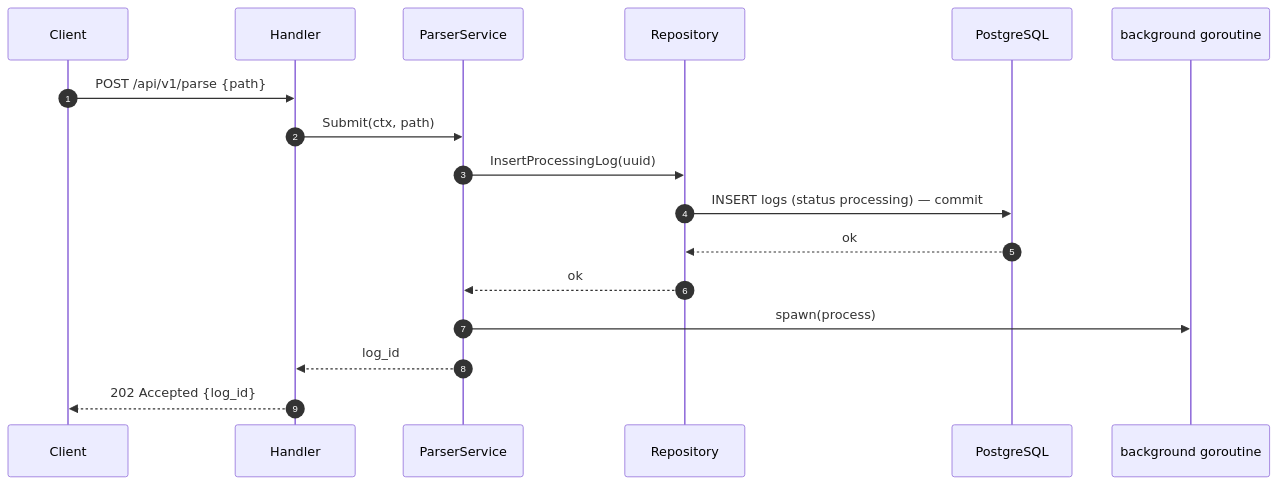
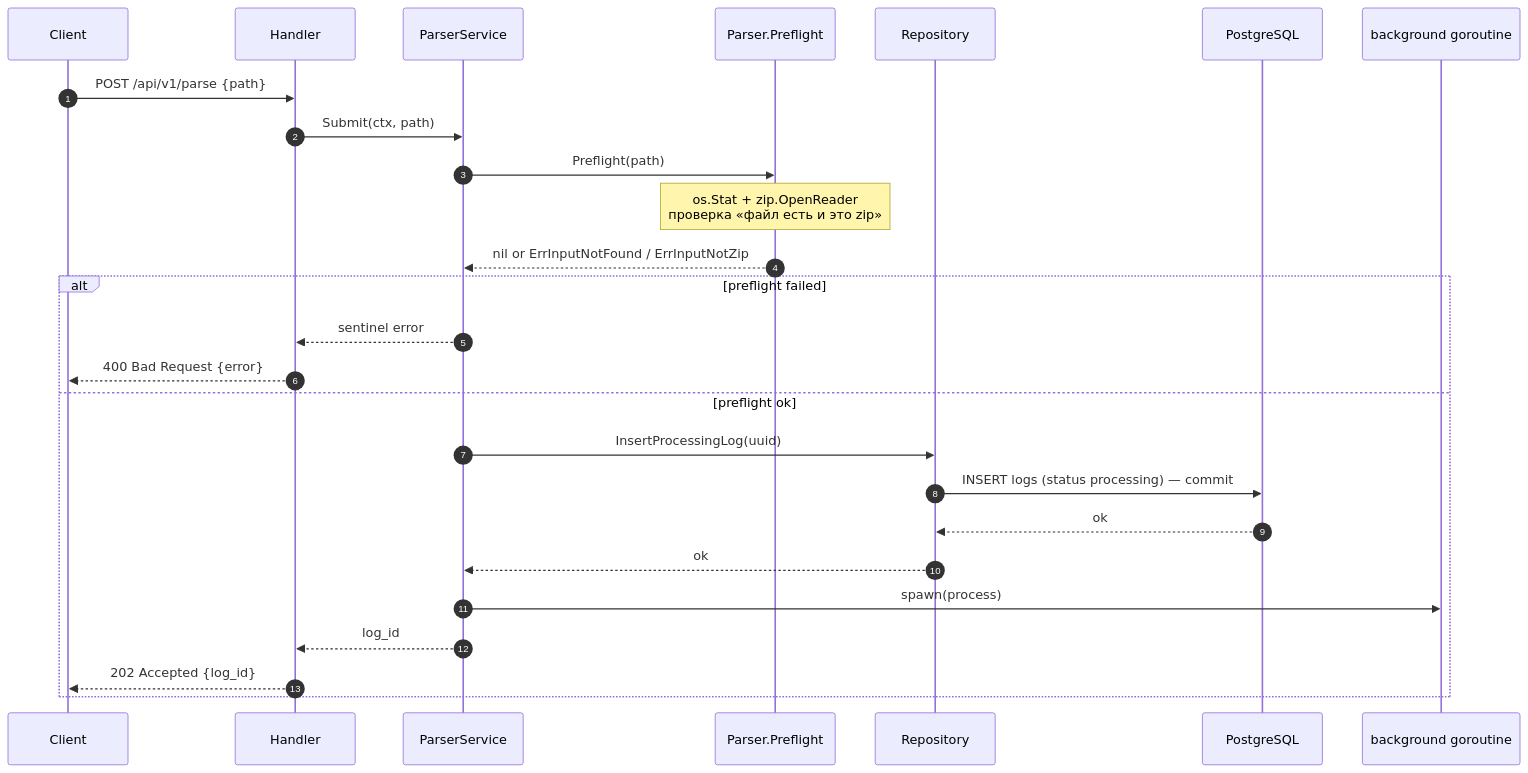
One commit to 6ermvH/log-parser changed the first of 8 diagrams in docs/sequences.md. Above: the diagram before and after it, drawn with Mermaid. The commit also changed 11 other files, not shown here.

````diff
--- a/docs/sequences.md
+++ b/docs/sequences.md
@@ -9,22 +9,32 @@
 ```mermaid
 sequenceDiagram
     autonumber
     participant C as Client
     participant H as Handler
     participant P as ParserService
+    participant Pf as Parser.Preflight
     participant R as Repository
     participant DB as PostgreSQL
     participant G as background goroutine
 
     C->>H: POST /api/v1/parse {path}
     H->>P: Submit(ctx, path)
 
-    P->>R: InsertProcessingLog(uuid)
-    R->>DB: INSERT logs (status processing) — commit
-    DB-->>R: ok
-    R-->>P: ok
+    P->>Pf: Preflight(path)
+    Note over Pf: os.Stat + zip.OpenReader<br/>проверка «файл есть и это zip»
+    Pf-->>P: nil or ErrInputNotFound / ErrInputNotZip
 
-    P->>G: spawn(process)
-    P-->>H: log_id
-    H-->>C: 202 Accepted {log_id}
+    alt preflight failed
+        P-->>H: sentinel error
+        H-->>C: 400 Bad Request {error}
+    else preflight ok
+        P->>R: InsertProcessingLog(uuid)
+        R->>DB: INSERT logs (status processing) — commit
+        DB-->>R: ok
+        R-->>P: ok
+
+        P->>G: spawn(process)
+        P-->>H: log_id
+        H-->>C: 202 Accepted {log_id}
+    end
 ```
````
